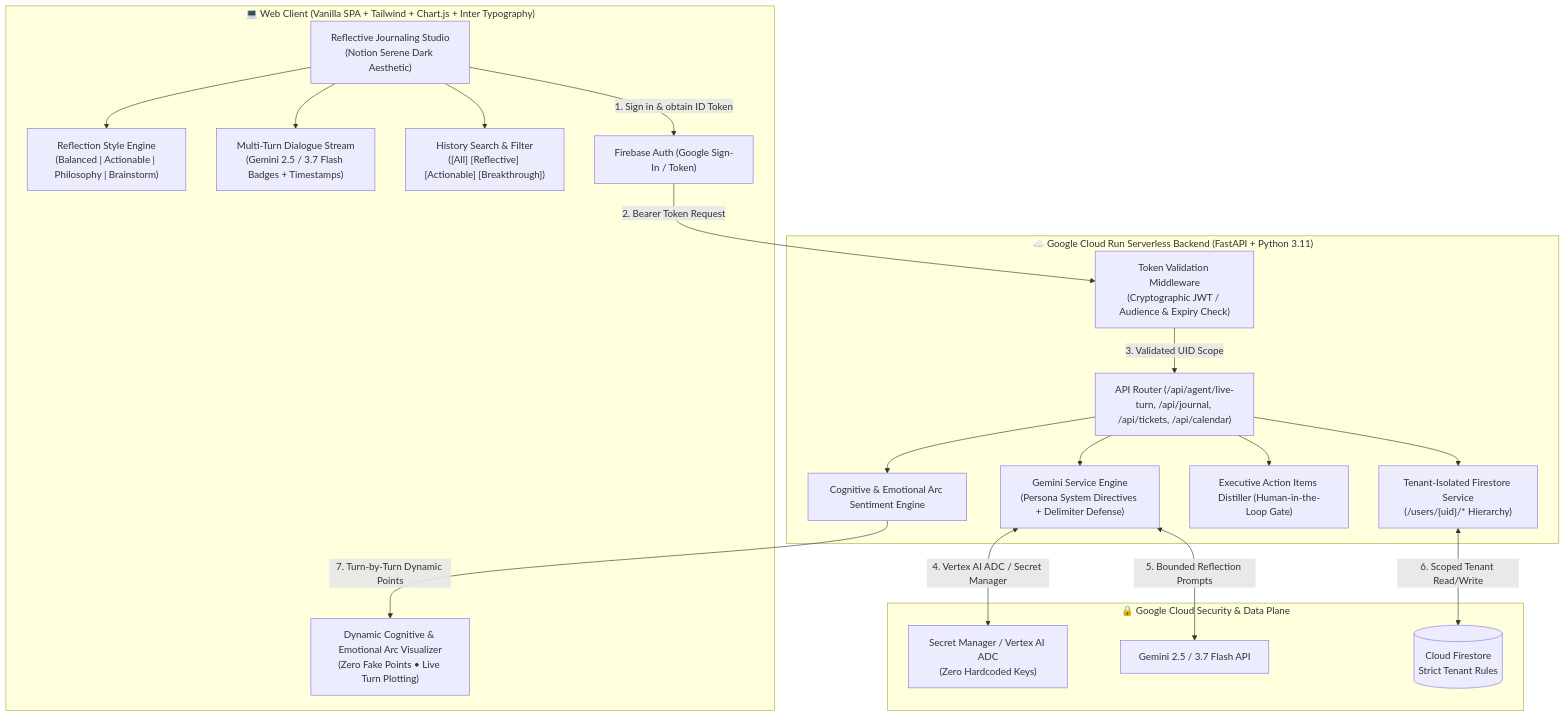
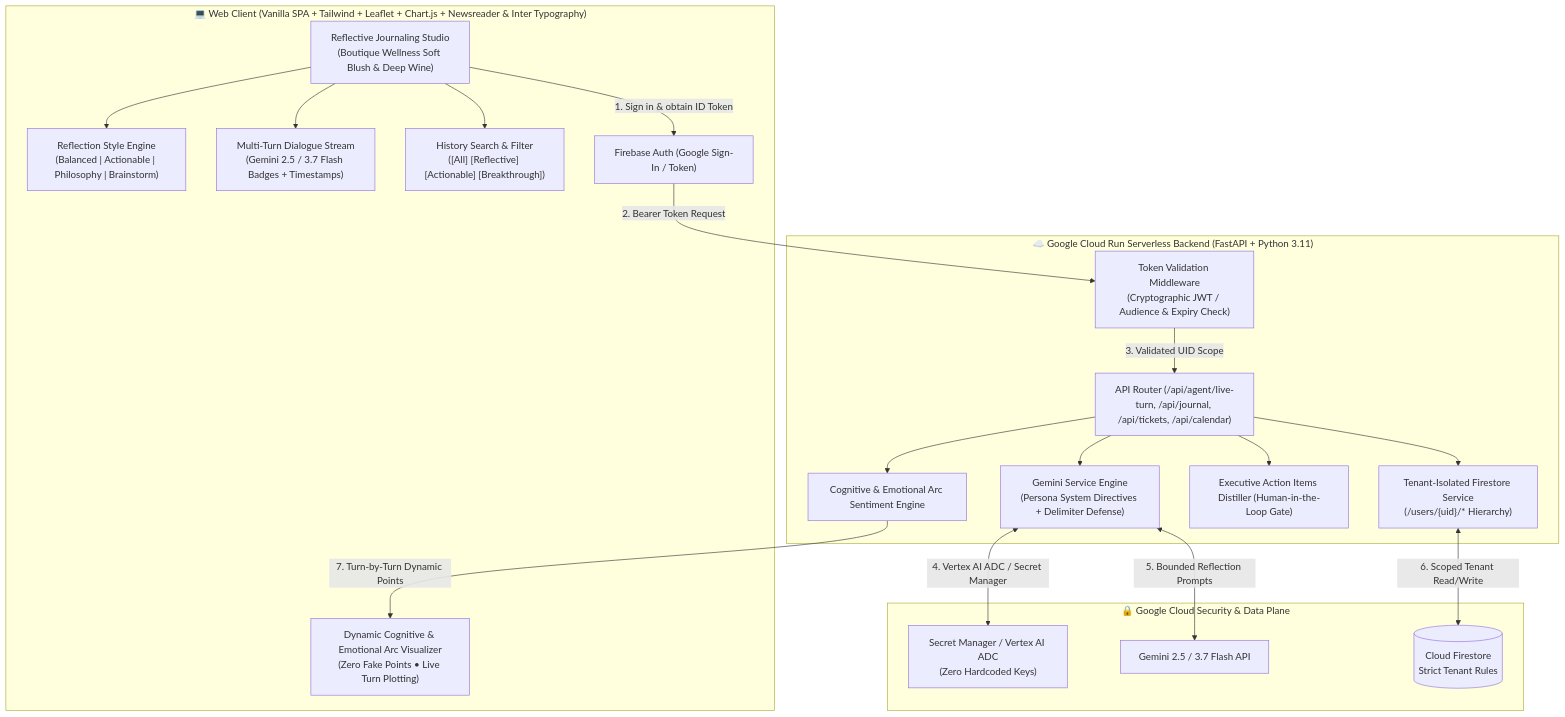
One commit to ahk1542001-wq/gcp-genai-agent-architectures changed the first of 3 diagrams in 04-personal-gemini-journal/README.md. Above: the diagram before and after it, drawn with Mermaid. The commit also changed other lines of this file, not shown here.

Commit message:
docs: polish README architecture, 77/77 tests count, and Leaflet GPS spatial memory specs

````diff
--- a/04-personal-gemini-journal/README.md
+++ b/04-personal-gemini-journal/README.md
@@ -68,42 +68,42 @@
 ```mermaid
 flowchart TD
-    subgraph ClientLayer["💻 Web Client (Vanilla SPA + Tailwind + Chart.js + Inter Typography)"]
-        UI["Reflective Journaling Studio\n(Notion Serene Dark Aesthetic)"]
+    subgraph ClientLayer["💻 Web Client (Vanilla SPA + Tailwind + Leaflet + Chart.js + Newsreader & Inter Typography)"]
+        UI["Reflective Journaling Studio\n(Boutique Wellness Soft Blush & Deep Wine)"]
         StyleSelector["Reflection Style Engine\n(Balanced | Actionable | Philosophy | Brainstorm)"]
         MultiTurn["Multi-Turn Dialogue Stream\n(Gemini 2.5 / 3.7 Flash Badges + Timestamps)"]
         HistoryDrawer["History Search & Filter\n([All] [Reflective] [Actionable] [Breakthrough])"]
         ArcChart["Dynamic Cognitive & Emotional Arc Visualizer\n(Zero Fake Points • Live Turn Plotting)"]
         FBAuth["Firebase Auth (Google Sign-In / Token)"]
     end
 
     subgraph CloudRunService["☁️ Google Cloud Run Serverless Backend (FastAPI + Python 3.11)"]
         AuthMiddleware["Token Validation Middleware\n(Cryptographic JWT / Audience & Expiry Check)"]
         APIRouter["API Router (/api/agent/live-turn, /api/journal, /api/tickets, /api/calendar)"]
         GeminiService["Gemini Service Engine\n(Persona System Directives + Delimiter Defense)"]
         ArcEngine["Cognitive & Emotional Arc Sentiment Engine"]
         ActionDistiller["Executive Action Items Distiller (Human-in-the-Loop Gate)"]
         TenantDB["Tenant-Isolated Firestore Service\n(/users/{uid}/* Hierarchy)"]
     end
 
     subgraph GCP_Security["🔒 Google Cloud Security & Data Plane"]
         SecretMgr["Secret Manager / Vertex AI ADC\n(Zero Hardcoded Keys)"]
         GeminiAPI["Gemini 2.5 / 3.7 Flash API"]
         FirestoreDB[("Cloud Firestore\nStrict Tenant Rules")]
     end
 
     UI --> StyleSelector
     UI --> MultiTurn
     UI --> HistoryDrawer
     UI -->|1. Sign in & obtain ID Token| FBAuth
     FBAuth -->|2. Bearer Token Request| AuthMiddleware
     AuthMiddleware -->|3. Validated UID Scope| APIRouter
     APIRouter --> GeminiService
     APIRouter --> ArcEngine
     APIRouter --> ActionDistiller
     APIRouter --> TenantDB
 
     GeminiService <-->|4. Vertex AI ADC / Secret Manager| SecretMgr
     GeminiService <-->|5. Bounded Reflection Prompts| GeminiAPI
     TenantDB <-->|6. Scoped Tenant Read/Write| FirestoreDB
     ArcEngine -->|7. Turn-by-Turn Dynamic Points| ArcChart
 ```
````
